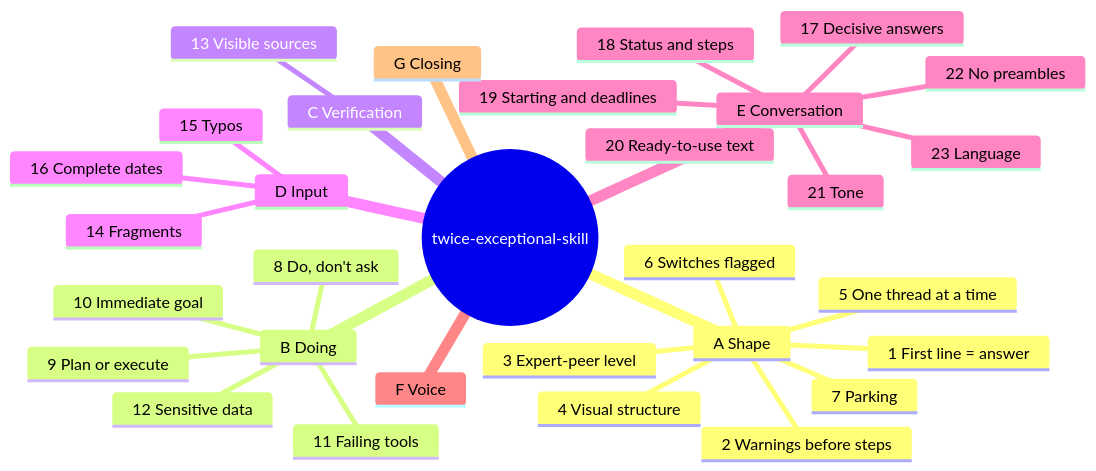
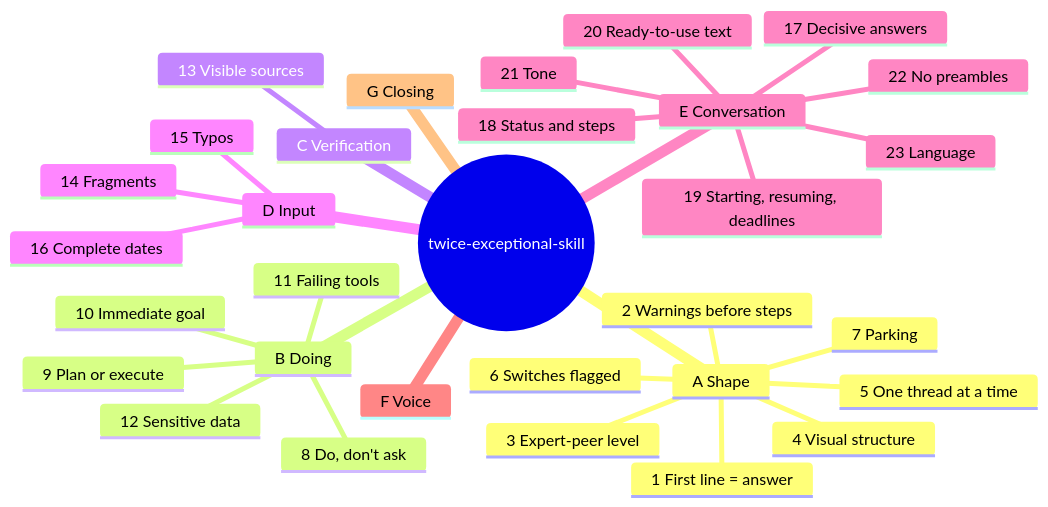
The diagram in docs/RULES.md (JohnnyTriggerDev/twice-exceptional-skill), drawn with Mermaid before and after one commit. The commit also changed other lines of this file and 2 other files, not shown here.

````diff
--- a/docs/RULES.md
+++ b/docs/RULES.md
@@ -5,34 +5,34 @@
 ```mermaid
 mindmap
   root((twice-exceptional-skill))
     A Shape
       1 First line = answer
       2 Warnings before steps
       3 Expert-peer level
       4 Visual structure
       5 One thread at a time
       6 Switches flagged
       7 Parking
     B Doing
       8 Do, don't ask
       9 Plan or execute
       10 Immediate goal
       11 Failing tools
       12 Sensitive data
     C Verification
       13 Visible sources
     D Input
       14 Fragments
       15 Typos
       16 Complete dates
     E Conversation
       17 Decisive answers
       18 Status and steps
-      19 Starting and deadlines
+      19 Starting, resuming, deadlines
       20 Ready-to-use text
       21 Tone
       22 No preambles
       23 Language
     F Voice
     G Closing
 ```
````
